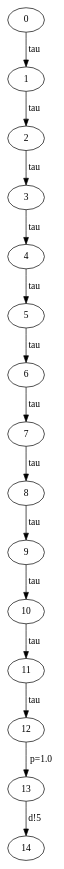
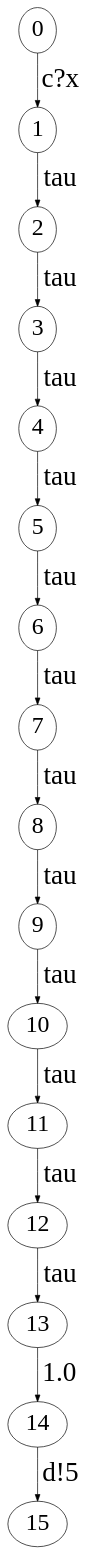
The diagram in parse_output/concrete3-2-m.gv (MartianQXD/QBisim), drawn with Graphviz before and after one commit. The commit also changed 102 other files, not shown here.

```diff
--- a/parse_output/concrete3-2-m.gv
+++ b/parse_output/concrete3-2-m.gv
@@ -1,17 +1,20 @@
 // The qLTS Spec
 digraph {
-	0 -> 1 [label=tau]
+	node [fontsize=35]
+	edge [fontsize=40]
+	0 -> 1 [label="c?x"]
 	1 -> 2 [label=tau]
 	2 -> 3 [label=tau]
 	3 -> 4 [label=tau]
 	4 -> 5 [label=tau]
 	5 -> 6 [label=tau]
 	6 -> 7 [label=tau]
 	7 -> 8 [label=tau]
 	8 -> 9 [label=tau]
 	9 -> 10 [label=tau]
 	10 -> 11 [label=tau]
 	11 -> 12 [label=tau]
-	12 -> 13 [label="p=1.0"]
-	13 -> 14 [label="d!5"]
+	12 -> 13 [label=tau]
+	13 -> 14 [label=1.0]
+	14 -> 15 [label="d!5"]
 }
```
